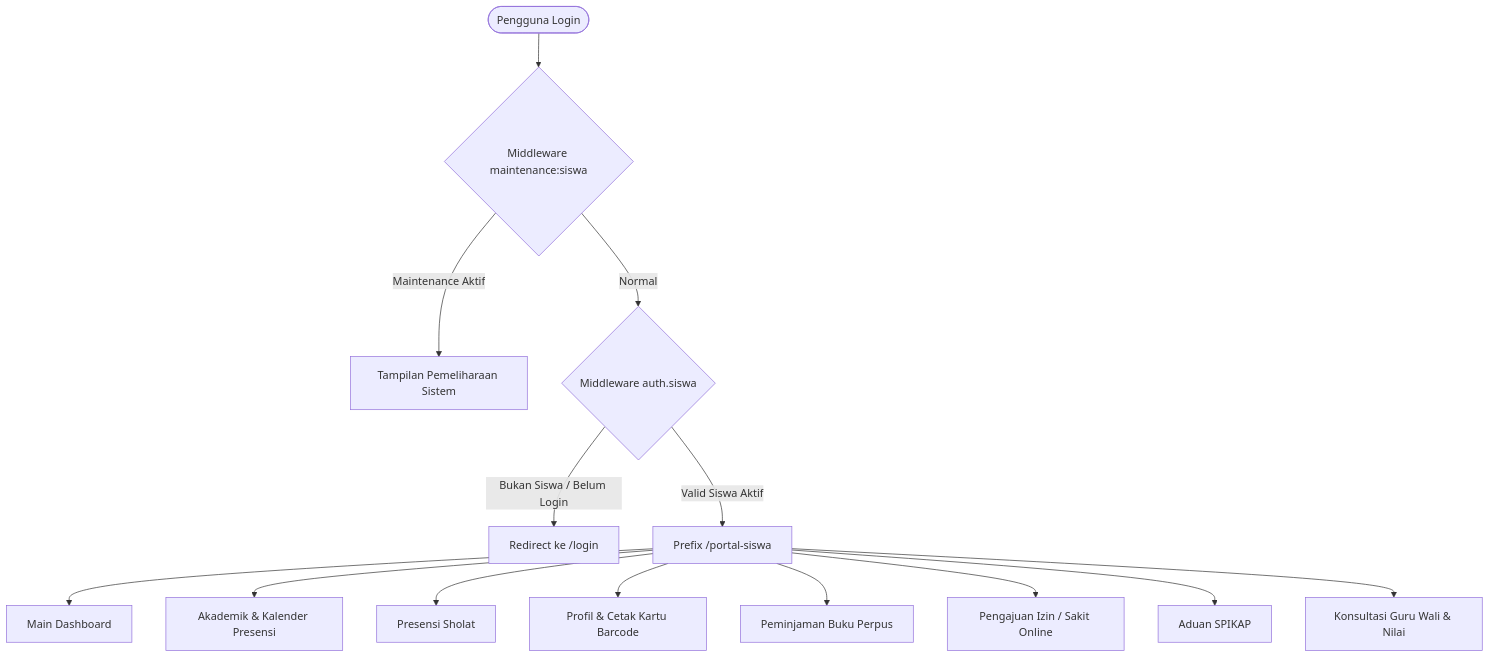
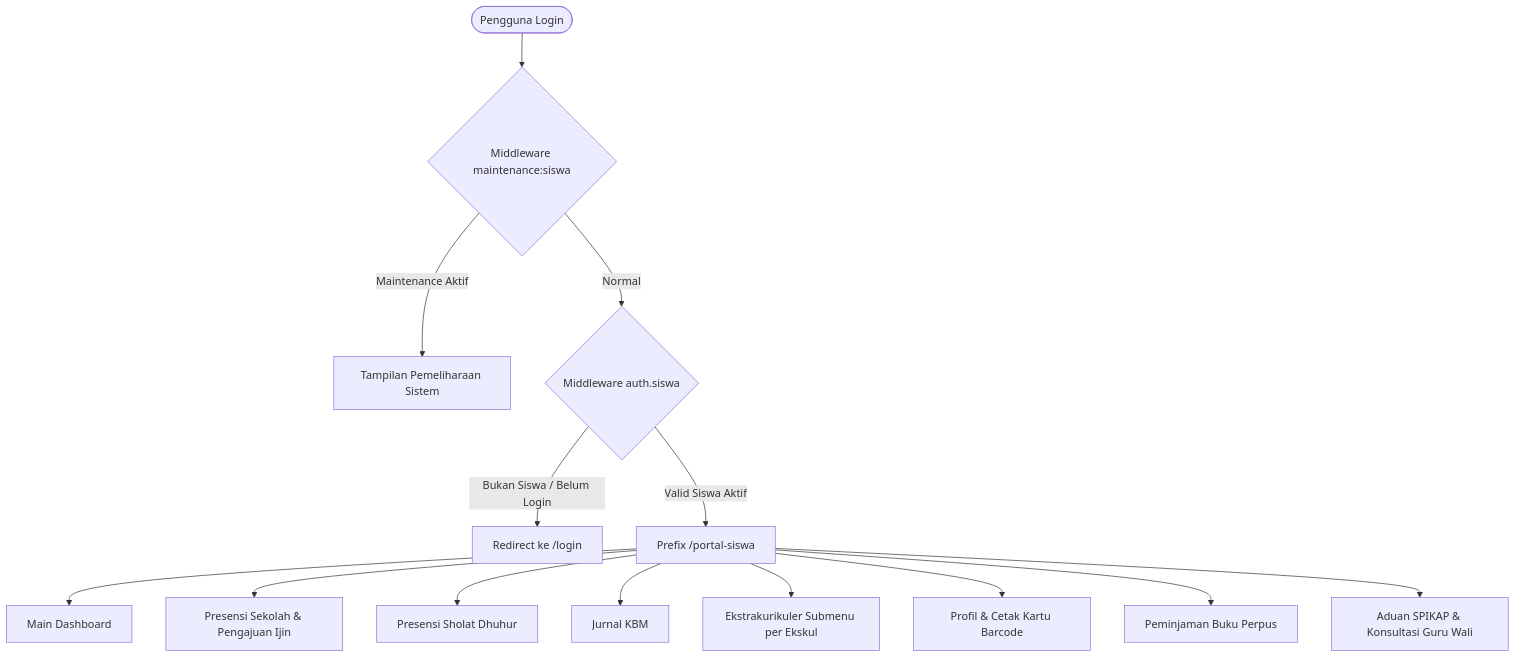
Before and after one commit to sutrisnoetseul21/absensi-barcode: the diagram in docs/03-fitur/02-portal-siswa/README.md, drawn with Mermaid. The commit also changed other lines of this file and 42 other files, not shown here.

Commit message:
feat(ekstrakurikuler,portal-guru,portal-siswa): modul ekstrakurikuler lengkap, kiosk dinamis, penyesuaian sidebar & docs

````diff
--- a/docs/03-fitur/02-portal-siswa/README.md
+++ b/docs/03-fitur/02-portal-siswa/README.md
@@ -20,17 +20,17 @@
 ```mermaid
 graph TD
     User([Pengguna Login]) --> MW1{Middleware maintenance:siswa}
     MW1 -- Maintenance Aktif --> HalamanMaintenance[Tampilan Pemeliharaan Sistem]
     MW1 -- Normal --> MW2{Middleware auth.siswa}
     MW2 -- Bukan Siswa / Belum Login --> RedirectLogin[Redirect ke /login]
     MW2 -- Valid Siswa Aktif --> PortalRouter[Prefix /portal-siswa]
     
     PortalRouter --> F1[Main Dashboard]
-    PortalRouter --> F2[Akademik & Kalender Presensi]
-    PortalRouter --> F3[Presensi Sholat]
-    PortalRouter --> F4[Profil & Cetak Kartu Barcode]
-    PortalRouter --> F5[Peminjaman Buku Perpus]
-    PortalRouter --> F6[Pengajuan Izin / Sakit Online]
-    PortalRouter --> F7[Aduan SPIKAP]
-    PortalRouter --> F8[Konsultasi Guru Wali & Nilai]
+    PortalRouter --> F2[Presensi Sekolah & Pengajuan Ijin]
+    PortalRouter --> F3[Presensi Sholat Dhuhur]
+    PortalRouter --> F4[Jurnal KBM]
+    PortalRouter --> F5[Ekstrakurikuler Submenu per Ekskul]
+    PortalRouter --> F6[Profil & Cetak Kartu Barcode]
+    PortalRouter --> F7[Peminjaman Buku Perpus]
+    PortalRouter --> F8[Aduan SPIKAP & Konsultasi Guru Wali]
 ```
````
